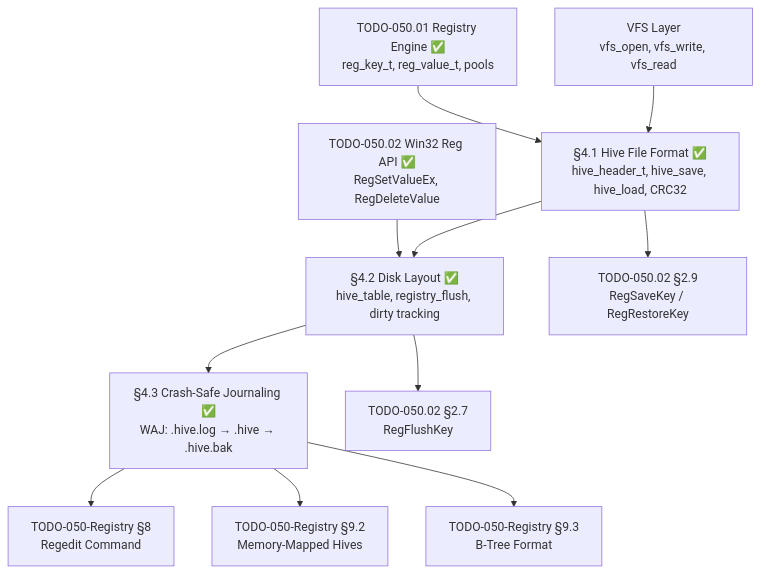
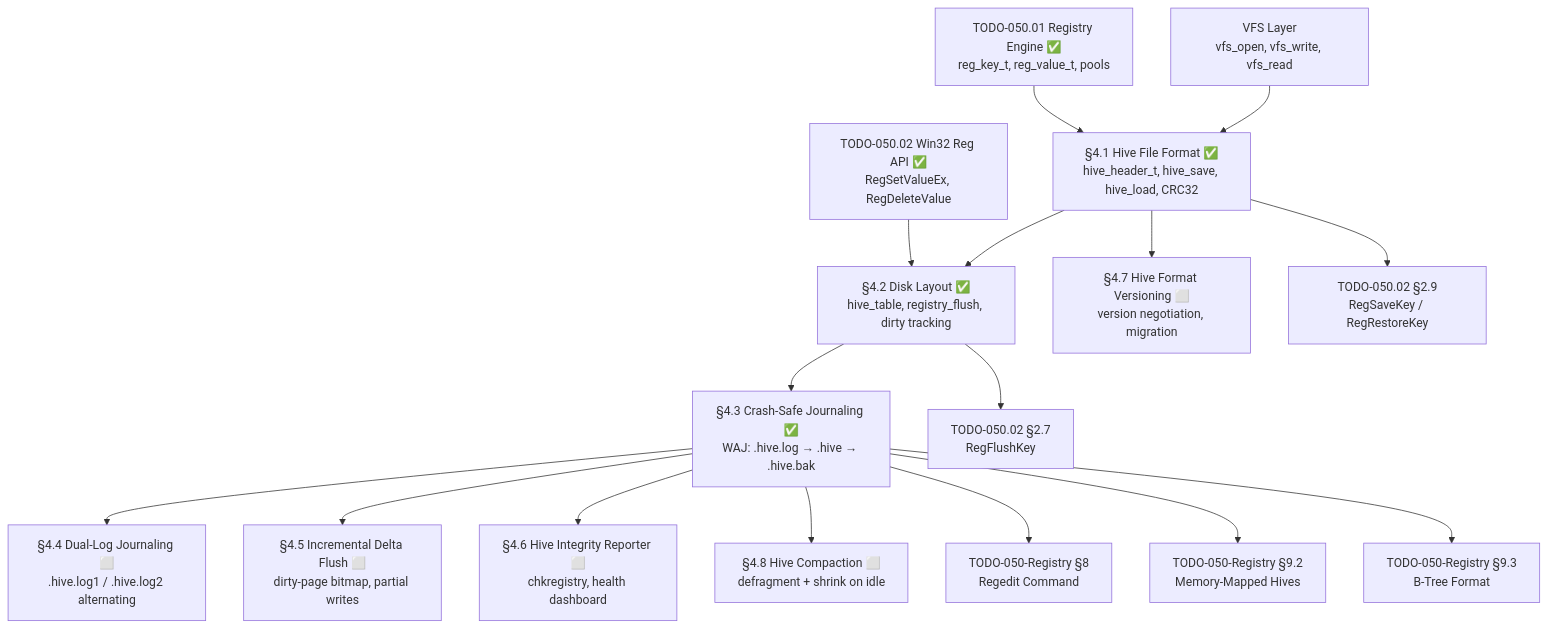
Before and after one commit to rizonesoft/impossible-os: the diagram in todo/010-Kernel-Foundations/TODO-050-Registry/TODO-050.03-Hive.md, drawn with Mermaid. The commit also changed other lines of this file and 1 other file, not shown here.

First line of the commit message:
todo: validate and enhance TODO-050.03-Hive

````diff
--- a/todo/010-Kernel-Foundations/TODO-050-Registry/TODO-050.03-Hive.md
+++ b/todo/010-Kernel-Foundations/TODO-050-Registry/TODO-050.03-Hive.md
@@ -25,28 +26,40 @@
 ```mermaid
 graph TD
     ENGINE["TODO-050.01 Registry Engine ✅<br/>reg_key_t, reg_value_t, pools"]
     API["TODO-050.02 Win32 Reg API ✅<br/>RegSetValueEx, RegDeleteValue"]
     VFS["VFS Layer<br/>vfs_open, vfs_write, vfs_read"]
 
     A["§4.1 Hive File Format ✅<br/>hive_header_t, hive_save, hive_load, CRC32"]
     B["§4.2 Disk Layout ✅<br/>hive_table, registry_flush, dirty tracking"]
     C["§4.3 Crash-Safe Journaling ✅<br/>WAJ: .hive.log → .hive → .hive.bak"]
+
+    D["§4.4 Dual-Log Journaling ⬜<br/>.hive.log1 / .hive.log2 alternating"]
+    E["§4.5 Incremental Delta Flush ⬜<br/>dirty-page bitmap, partial writes"]
+    F["§4.6 Hive Integrity Reporter ⬜<br/>chkregistry, health dashboard"]
+    G["§4.7 Hive Format Versioning ⬜<br/>version negotiation, migration"]
+    H["§4.8 Hive Compaction ⬜<br/>defragment + shrink on idle"]
 
     REGEDIT["TODO-050-Registry §8<br/>Regedit Command"]
     REGFLUSH["TODO-050.02 §2.7<br/>RegFlushKey"]
     REGSAVE["TODO-050.02 §2.9<br/>RegSaveKey / RegRestoreKey"]
     PERF_MMAP["TODO-050-Registry §9.2<br/>Memory-Mapped Hives"]
     PERF_BTREE["TODO-050-Registry §9.3<br/>B-Tree Format"]
 
     ENGINE --> A
     API --> B
     VFS --> A
     A --> B
     B --> C
 
+    C --> D
+    C --> E
+    C --> F
+    A --> G
+    C --> H
+
     C --> REGEDIT
     B --> REGFLUSH
     A --> REGSAVE
     C --> PERF_MMAP
     C --> PERF_BTREE
 ```
````
